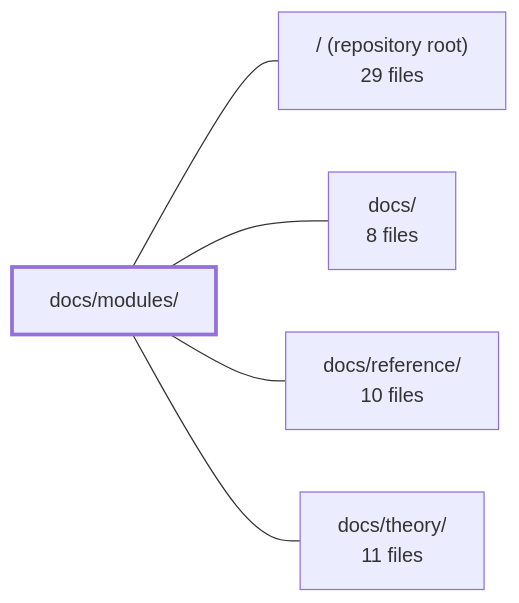
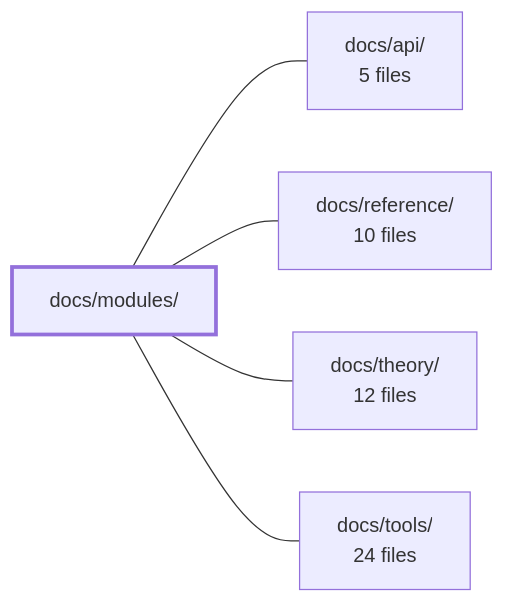
One commit to Guebbit/boilerplate-vue-frontend changed the diagram in .2repo/modules/boilerplate-vue-frontend_docs_modules.md. Above: the diagram before and after it, drawn with Mermaid. The commit also changed other lines of this file and 335 other files, not shown here.

````diff
--- a/.2repo/modules/boilerplate-vue-frontend_docs_modules.md
+++ b/.2repo/modules/boilerplate-vue-frontend_docs_modules.md
@@ -39,13 +38,13 @@
 ```mermaid
 flowchart LR
     m_docs_modules["docs/modules/"]
-    m_root["/ (repository root)<br/>29 files"]
-    m_docs["docs/<br/>8 files"]
+    m_docs_api["docs/api/<br/>5 files"]
     m_docs_reference["docs/reference/<br/>10 files"]
-    m_docs_theory["docs/theory/<br/>11 files"]
-    m_docs_modules --- m_root
-    m_docs_modules --- m_docs
+    m_docs_theory["docs/theory/<br/>12 files"]
+    m_docs_tools["docs/tools/<br/>24 files"]
+    m_docs_modules --- m_docs_api
     m_docs_modules --- m_docs_reference
     m_docs_modules --- m_docs_theory
+    m_docs_modules --- m_docs_tools
     style m_docs_modules stroke-width:3px
 ```
````
